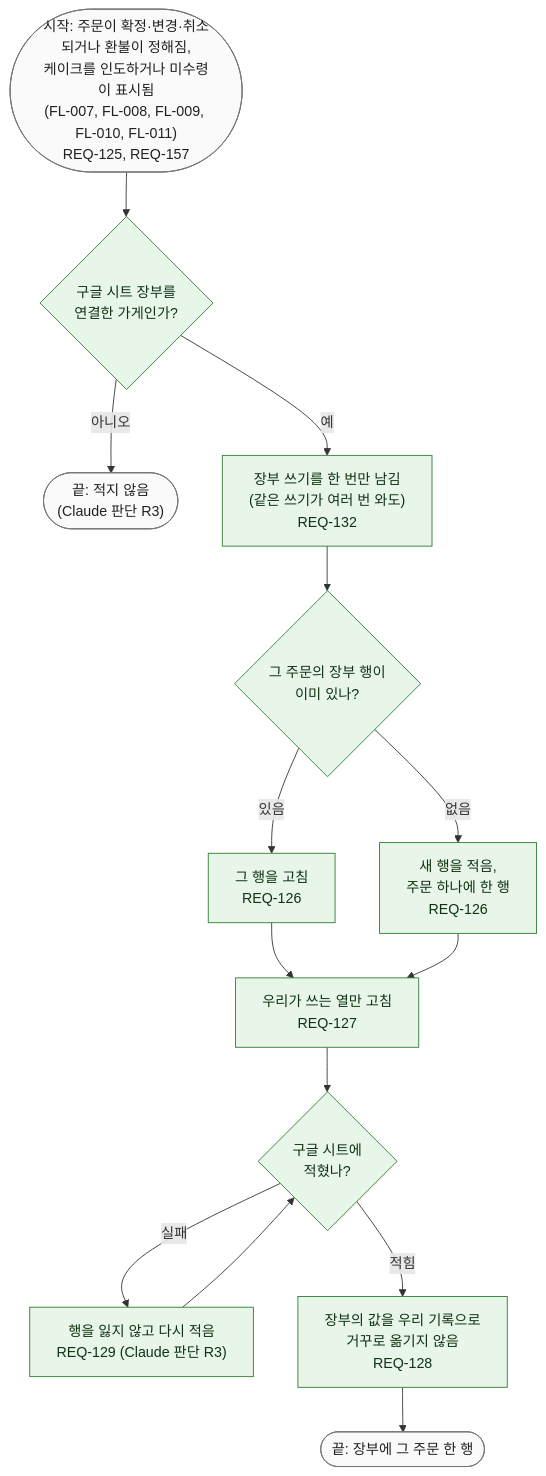
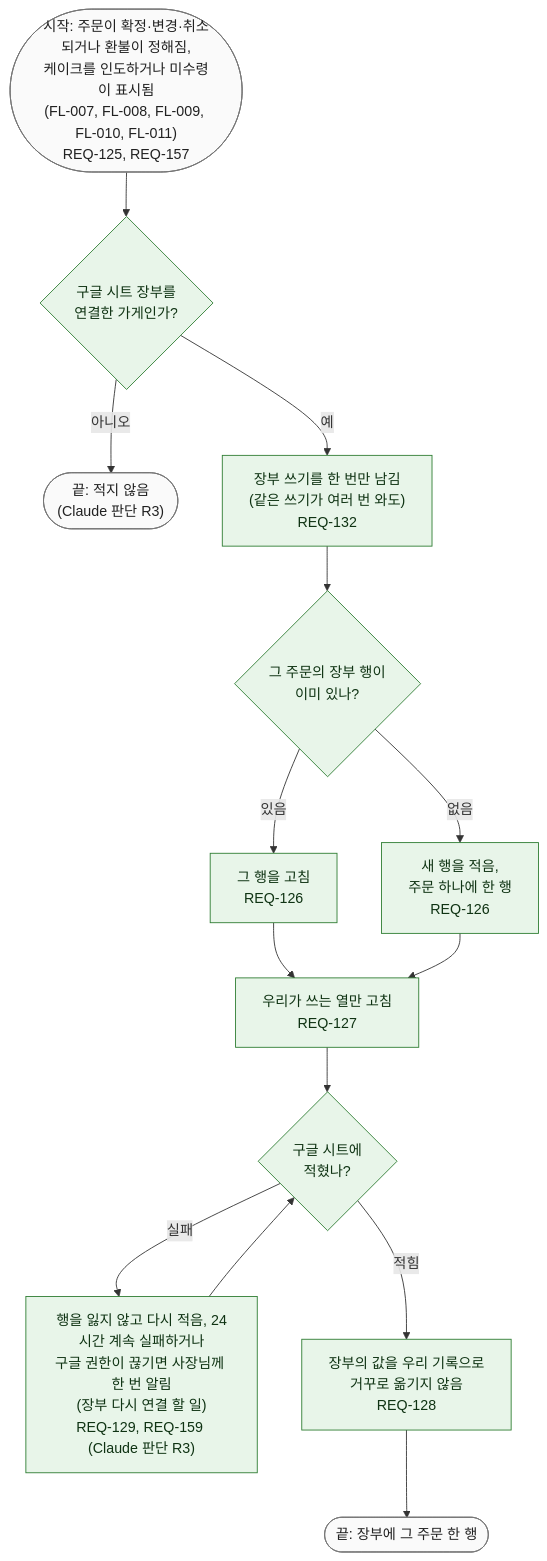
One commit to kodonghui/siljang.ai changed the diagram in docs/03-user-flow/FL-013-ledger.md. Above: the diagram before and after it, drawn with Mermaid. The commit also changed other lines of this file and 7 other files, not shown here.

First line of the commit message:
설계 재검토 M8 (2/6): 03 플로우에 버전 3~5 분기와 번호(RB-10 길 1)

````diff
--- a/docs/03-user-flow/FL-013-ledger.md
+++ b/docs/03-user-flow/FL-013-ledger.md
@@ -18,29 +18,29 @@
 ```mermaid
 flowchart TD
   S(["시작: 주문이 확정·변경·취소되거나 환불이 정해짐,<br/>케이크를 인도하거나 미수령이 표시됨<br/>(FL-007, FL-008, FL-009, FL-010, FL-011)<br/>REQ-125, REQ-157"])
   D0{"구글 시트 장부를<br/>연결한 가게인가?"}
   E0(["끝: 적지 않음<br/>(Claude 판단 R3)"])
   L1["장부 쓰기를 한 번만 남김<br/>(같은 쓰기가 여러 번 와도)<br/>REQ-132"]
   D1{"그 주문의 장부 행이<br/>이미 있나?"}
   L2["그 행을 고침<br/>REQ-126"]
   L3["새 행을 적음,<br/>주문 하나에 한 행<br/>REQ-126"]
   L4["우리가 쓰는 열만 고침<br/>REQ-127"]
   D2{"구글 시트에<br/>적혔나?"}
-  L5["행을 잃지 않고 다시 적음<br/>REQ-129 (Claude 판단 R3)"]
+  L5["행을 잃지 않고 다시 적음, 24시간 계속 실패하거나<br/>구글 권한이 끊기면 사장님께 한 번 알림<br/>(장부 다시 연결 할 일)<br/>REQ-129, REQ-159 (Claude 판단 R3)"]
   L6["장부의 값을 우리 기록으로<br/>거꾸로 옮기지 않음<br/>REQ-128"]
   E1(["끝: 장부에 그 주문 한 행"])
 
   S --> D0
   D0 -->|"아니오"| E0
   D0 -->|"예"| L1 --> D1
   D1 -->|"있음"| L2 --> L4
   D1 -->|"없음"| L3 --> L4
   L4 --> D2
   D2 -->|"실패"| L5 --> D2
   D2 -->|"적힘"| L6 --> E1
 
   classDef svc fill:#e8f5e9,stroke:#2e7d32,color:#0f3313
   classDef term fill:#fafafa,stroke:#757575,color:#212121
   class D0,L1,D1,L2,L3,L4,D2,L5,L6 svc
   class S,E0,E1 term
 ```
````
